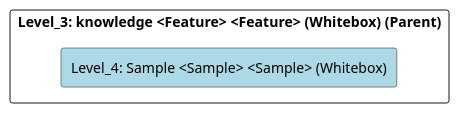
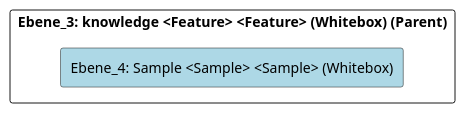
The diagram in doc/cleonproject_deliverables_architecture_model_architecture/adoc/de/05_bausteinsicht/cleon/common/knowledge/sample/ebene_4_sample.adoc (marcozwyssig/cleon), drawn with PlantUML before and after one commit. The commit also changed other lines of this file and 214 other files, not shown here.

```diff
--- a/doc/cleonproject_deliverables_architecture_model_architecture/adoc/de/05_bausteinsicht/cleon/common/knowledge/sample/ebene_4_sample.adoc
+++ b/doc/cleonproject_deliverables_architecture_model_architecture/adoc/de/05_bausteinsicht/cleon/common/knowledge/sample/ebene_4_sample.adoc
@@ -20,24 +20,24 @@
-[plantuml, Level_4: Sample <Sample> <Sample> (Whitebox)BlockOverview, format="svg"]
+[plantuml, Ebene_4: Sample <Sample> <Sample> (Whitebox)BlockOverview, format="svg"]
 ----
-@startuml Level_4: Sample <Sample> <Sample> (Whitebox)BuildingBlockOverview
+@startuml Ebene_4: Sample <Sample> <Sample> (Whitebox)BuildingBlockOverview
 
 skinparam ranksep 10
 skinparam componentStyle rectangle
 skinparam shadowing false
 skinparam arrowColor lightblue
 skinparam arrowThickness 1.2
 skinparam rectangle {
   BackgroundColor White
   BorderColor #333
   RoundCorner 10
 }
 top to bottom direction
 
-component "Level_3: knowledge <Feature> <Feature> (Whitebox) (Parent)" {
-    component "Level_4: Sample <Sample> <Sample> (Whitebox)" #lightblue {
+component "Ebene_3: knowledge <Feature> <Feature> (Whitebox) (Parent)" {
+    component "Ebene_4: Sample <Sample> <Sample> (Whitebox)" #lightblue {
     }
 
 }
 
 @enduml
 ----
```
